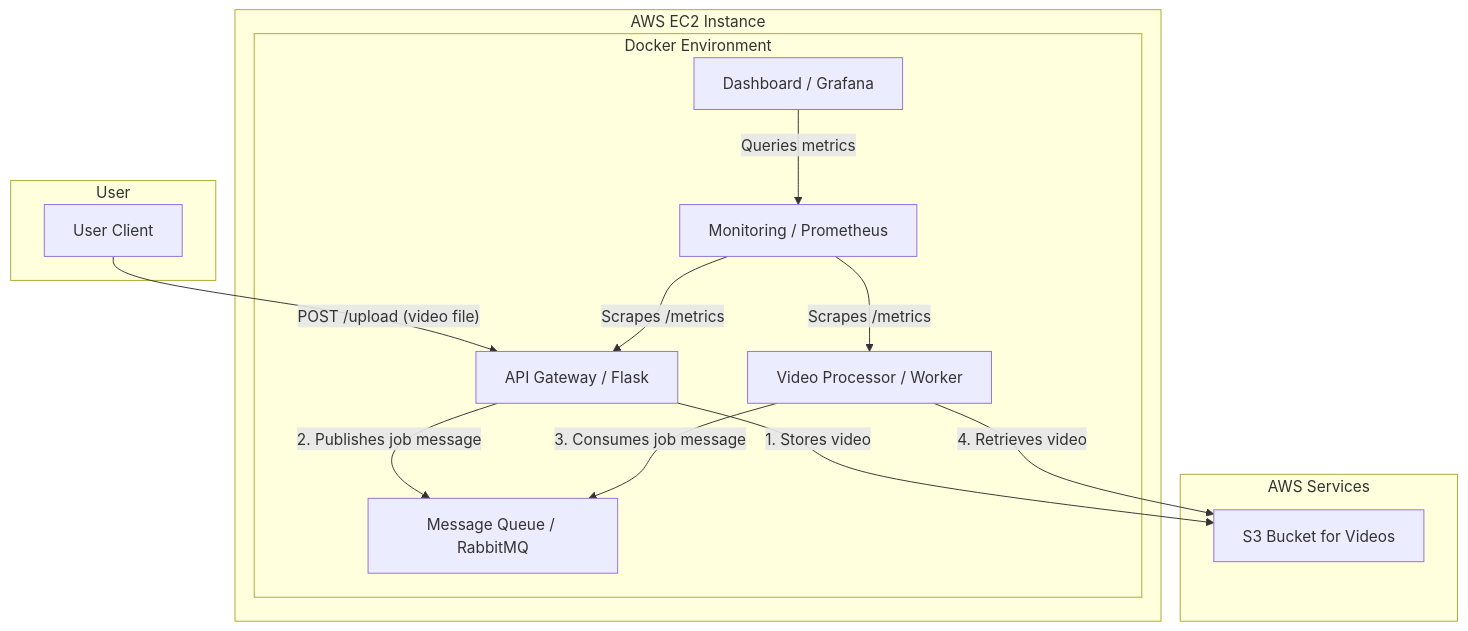
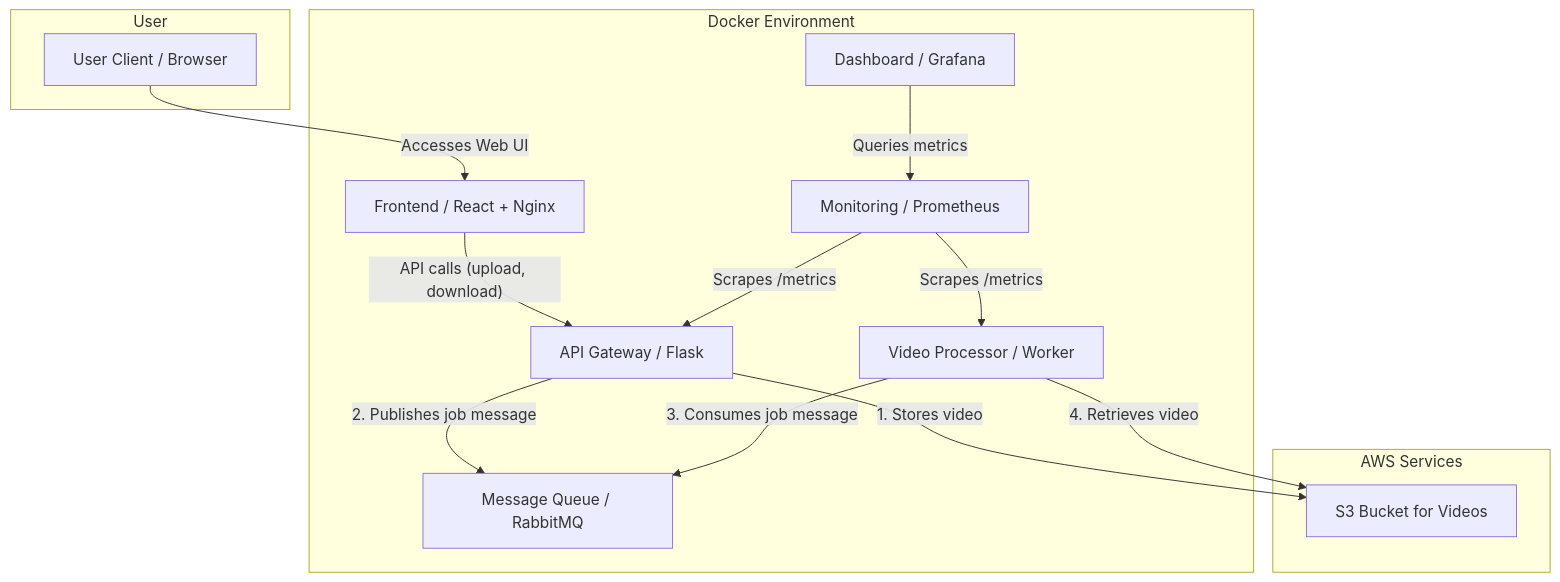
One commit to Vk76/VideoProcessingSystem changed the diagram in readme.md. Above: the diagram before and after it, drawn with Mermaid. The commit also changed other lines of this file and 24 other files, not shown here.

First line of the commit message:
Add React frontend and API endpoints for video management

````diff
--- a/readme.md
+++ b/readme.md
@@ -20,29 +21,29 @@
 ```mermaid
 graph TD
     subgraph User
-        U[User Client]
+        U[User Client / Browser]
     end
 
-    subgraph "AWS EC2 Instance"
-        subgraph "Docker Environment"
-            A[API Gateway / Flask]
-            W[Video Processor / Worker]
-            Q[Message Queue / RabbitMQ]
-            P[Monitoring / Prometheus]
-            G[Dashboard / Grafana]
-        end
+    subgraph "Docker Environment"
+        F[Frontend / React + Nginx]
+        A[API Gateway / Flask]
+        W[Video Processor / Worker]
+        Q[Message Queue / RabbitMQ]
+        P[Monitoring / Prometheus]
+        G[Dashboard / Grafana]
     end
 
     subgraph "AWS Services"
         S3[S3 Bucket for Videos]
     end
 
-    U -- "POST /upload (video file)" --> A
+    U -- "Accesses Web UI" --> F
+    F -- "API calls (upload, download)" --> A
     A -- "1. Stores video" --> S3
     A -- "2. Publishes job message" --> Q
     W -- "3. Consumes job message" --> Q
     W -- "4. Retrieves video" --> S3
     P -- "Scrapes /metrics" --> A
     P -- "Scrapes /metrics" --> W
     G -- "Queries metrics" --> P
 ```
````
